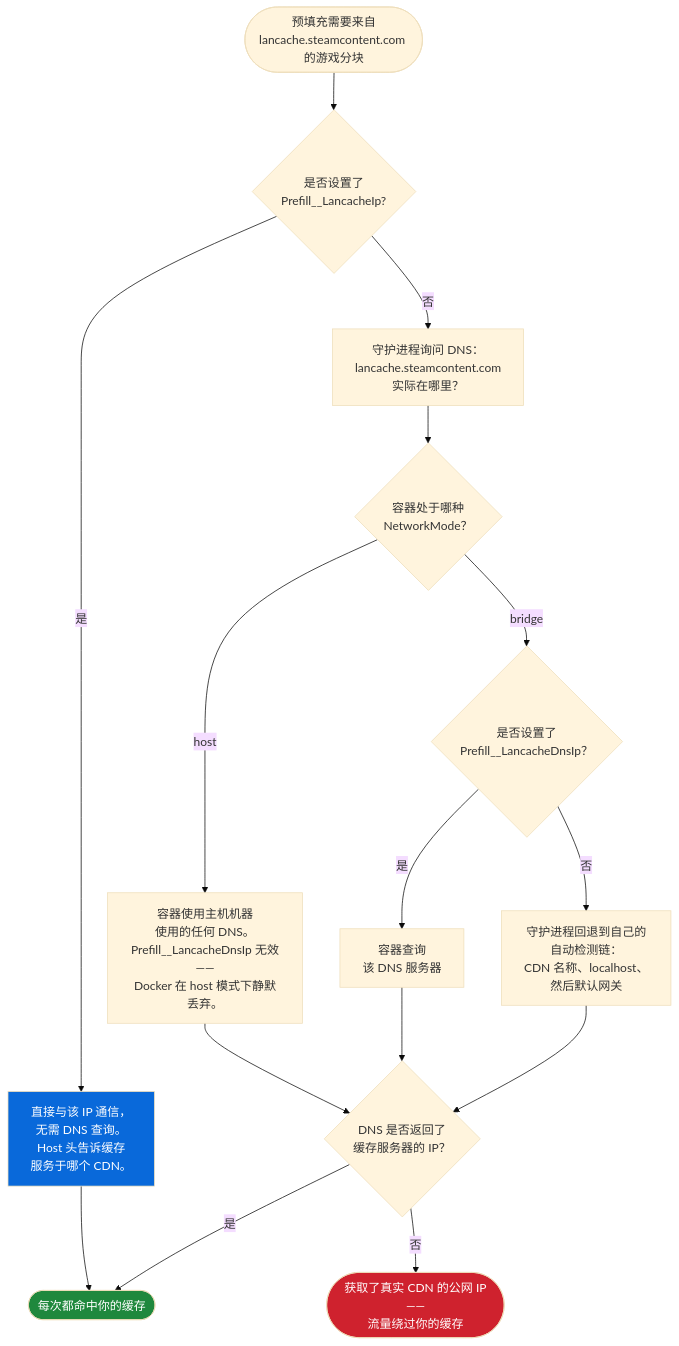
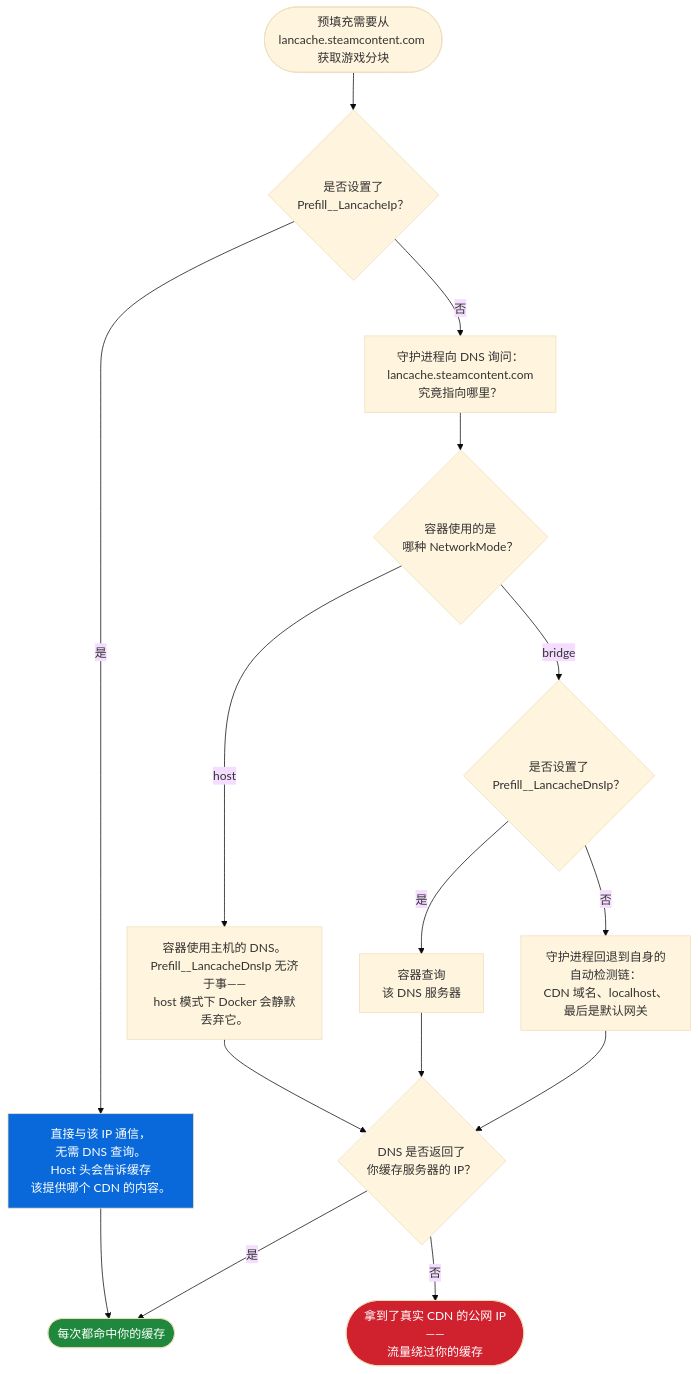
One commit to regix1/lancache-manager changed the diagram in README.zh.md. Above: the diagram before and after it, drawn with Mermaid (base theme). The commit also changed other lines of this file and 3 other files, not shown here.

````diff
--- a/README.zh.md
+++ b/README.zh.md
@@ -638,30 +625,30 @@
 ```mermaid
 flowchart TD
-    Start([预填充需要来自<br/>lancache.steamcontent.com 的游戏分块])
-    LIP{是否设置了<br/>Prefill__LancacheIp?}
+    Start([预填充需要从<br/>lancache.steamcontent.com 获取游戏分块])
+    LIP{是否设置了<br/>Prefill__LancacheIp？}
 
     Start --> LIP
 
-    LIP -->|是| Direct[直接与该 IP 通信，<br/>无需 DNS 查询。<br/>Host 头告诉缓存<br/>服务于哪个 CDN。]
+    LIP -->|是| Direct[直接与该 IP 通信，<br/>无需 DNS 查询。<br/>Host 头会告诉缓存<br/>该提供哪个 CDN 的内容。]
     Direct --> OK([每次都命中你的缓存])
 
-    LIP -->|否| DNS[守护进程询问 DNS：<br/>lancache.steamcontent.com<br/>实际在哪里？]
-    DNS --> Mode{容器处于哪种<br/>NetworkMode？}
+    LIP -->|否| DNS[守护进程向 DNS 询问：<br/>lancache.steamcontent.com<br/>究竟指向哪里？]
+    DNS --> Mode{容器使用的是<br/>哪种 NetworkMode？}
 
-    Mode -->|host| HostDNS[容器使用主机机器<br/>使用的任何 DNS。<br/>Prefill__LancacheDnsIp 无效——<br/>Docker 在 host 模式下静默丢弃。]
+    Mode -->|host| HostDNS[容器使用主机的 DNS。<br/>Prefill__LancacheDnsIp 无济于事——<br/>host 模式下 Docker 会静默丢弃它。]
     Mode -->|bridge| BridgeDNS{是否设置了<br/>Prefill__LancacheDnsIp？}
 
     BridgeDNS -->|是| ForcedDNS[容器查询<br/>该 DNS 服务器]
-    BridgeDNS -->|否| AutoDetect[守护进程回退到自己的<br/>自动检测链：<br/>CDN 名称、localhost、<br/>然后默认网关]
+    BridgeDNS -->|否| AutoDetect[守护进程回退到自身的<br/>自动检测链：<br/>CDN 域名、localhost、<br/>最后是默认网关]
 
-    HostDNS --> Outcome{DNS 是否返回了<br/>缓存服务器的 IP？}
+    HostDNS --> Outcome{DNS 是否返回了<br/>你缓存服务器的 IP？}
     ForcedDNS --> Outcome
     AutoDetect --> Outcome
 
     Outcome -->|是| OK
-    Outcome -->|否| Public([获取了真实 CDN 的公网 IP——<br/>流量绕过你的缓存])
+    Outcome -->|否| Public([拿到了真实 CDN 的公网 IP——<br/>流量绕过你的缓存])
 
     style OK fill:#1f883d,color:#fff
     style Public fill:#cf222e,color:#fff
     style Direct fill:#0969da,color:#fff
 ```
````
